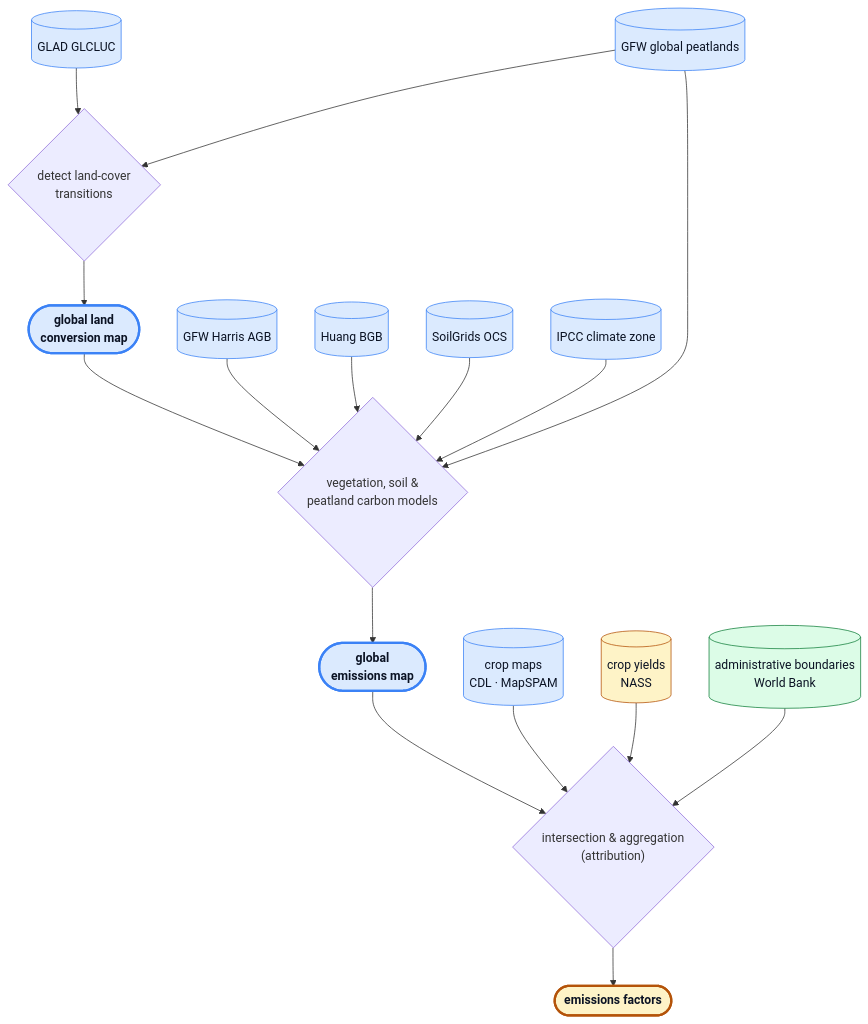
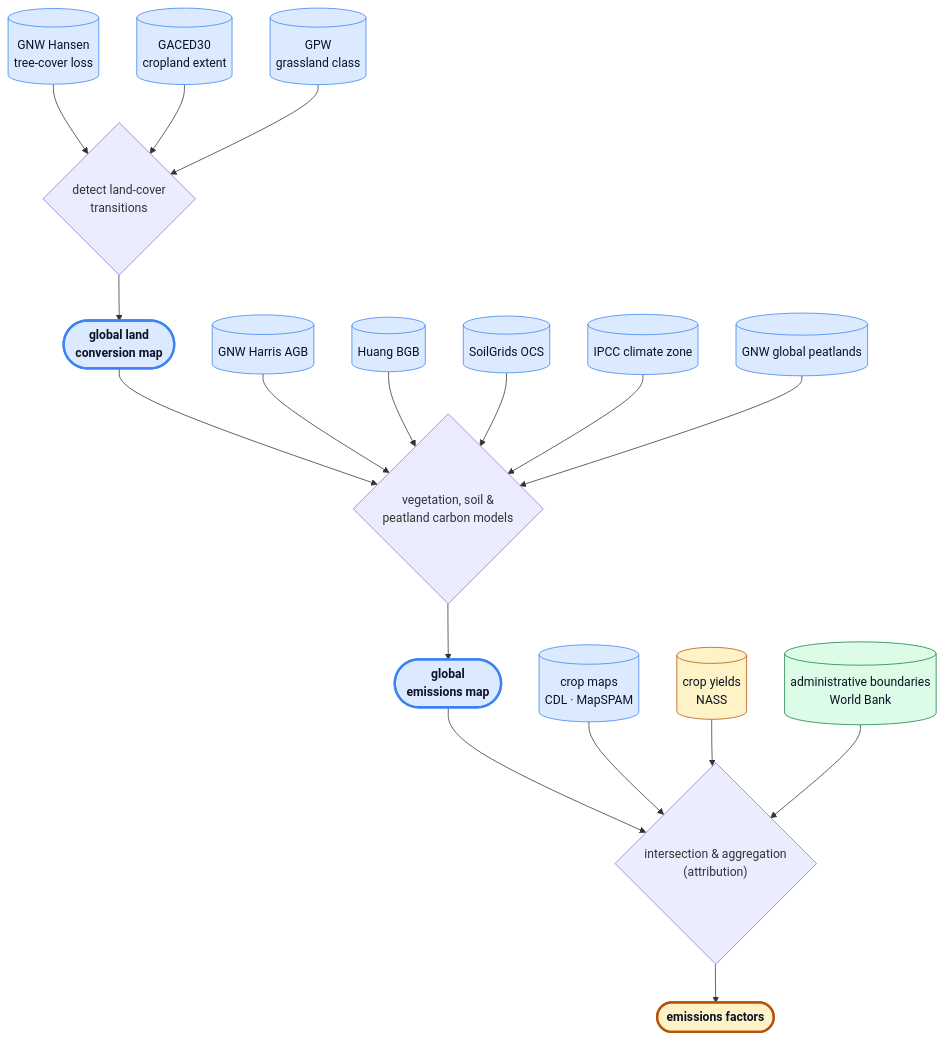
One commit to cornerstone-data/luc changed the diagram in docs/methodology.md. Above: the diagram before and after it, drawn with Mermaid. The commit also changed other lines of this file and 67 other files, not shown here.

Commit message:
migrate from GLCLUC to TCL/GPW/GACED30

````diff
--- a/docs/methodology.md
+++ b/docs/methodology.md
@@ -22,37 +22,39 @@
 ```mermaid
 graph TD
   %% external datasets — cylinders
-  luc[(GLAD GLCLUC)]
-  peat[(GFW global peatlands)]
-  agb[(GFW Harris AGB)]
+  tcl[(GNW Hansen<br/>tree-cover loss)]
+  crop[(GACED30<br/>cropland extent)]
+  grass[(GPW<br/>grassland class)]
+  peat[(GNW global peatlands)]
+  agb[(GNW Harris AGB)]
   bgb[(Huang BGB)]
   soc[(SoilGrids OCS)]
   clim[(IPCC climate zone)]
   masks[(crop maps<br/>CDL · MapSPAM)]
   yields[(crop yields<br/>NASS)]
   jurr[(administrative boundaries<br/>World Bank)]
 
   %% logic — diamonds
   transition{"detect land-cover<br/>transitions"}
   heur{"vegetation, soil &<br/>peatland carbon models"}
   interagg{"intersection & aggregation<br/>(attribution)"}
 
   %% derived artifacts — stadiums
   lcmap([global land<br/>conversion map])
   emitmap([global<br/>emissions map])
   ef([emissions factors])
 
-  luc & peat --> transition --> lcmap
+  tcl & crop & grass --> transition --> lcmap
   lcmap & agb & bgb & soc & clim & peat --> heur --> emitmap
   emitmap & masks & yields & jurr --> interagg --> ef
 
   classDef raster  fill:#dbeafe,stroke:#3b82f6,color:#0b1324;
   classDef tabular fill:#fef3c7,stroke:#b45309,color:#0b1324;
   classDef vector  fill:#dcfce7,stroke:#15803d,color:#0b1324;
   classDef derived stroke-width:3px,font-weight:bold;
 
-  class luc,peat,agb,bgb,soc,clim,masks,lcmap,emitmap raster;
+  class tcl,crop,grass,peat,agb,bgb,soc,clim,masks,lcmap,emitmap raster;
   class yields,ef tabular;
   class jurr vector;
   class lcmap,emitmap,ef derived;
 ```
````
